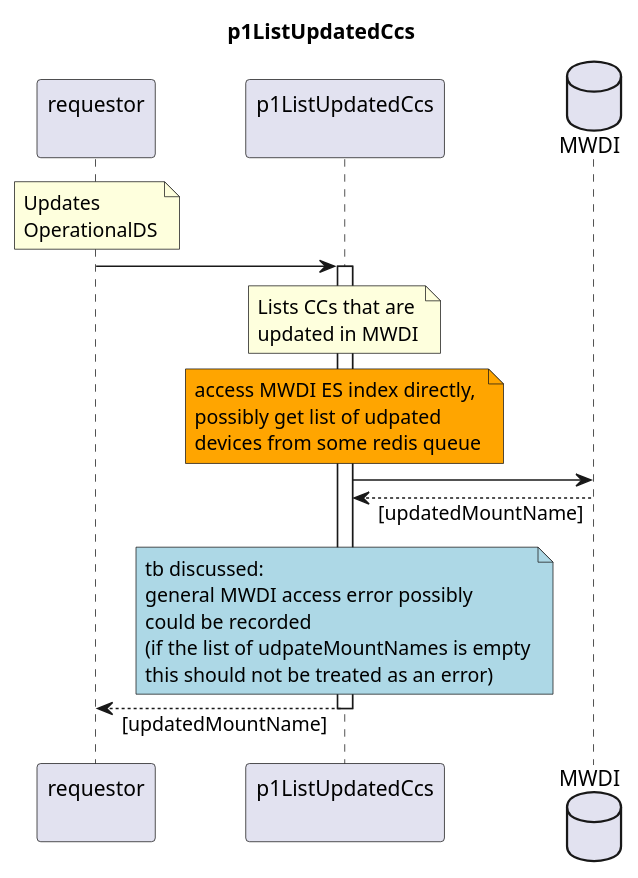
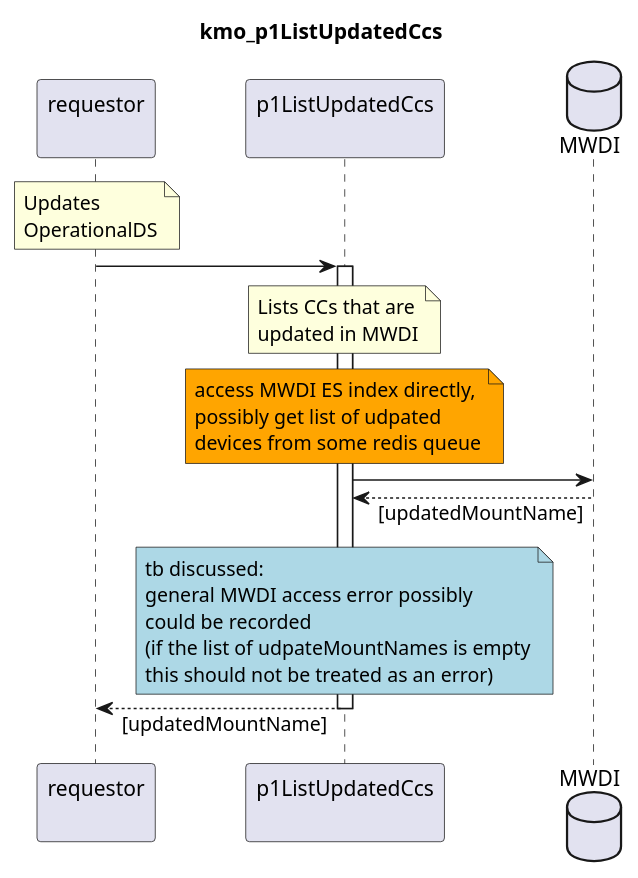
One commit to openBackhaul/FirmWareManager changed the diagram in spec/Functions/Measurement/p1ListUpdatedCcs/1.0.0/kmo_p1ListUpdatedCcs.plantuml. Above: the diagram before and after it, drawn with PlantUML. The commit also changed 6 other files, not shown here.

```diff
--- a/spec/Functions/Measurement/p1ListUpdatedCcs/1.0.0/kmo_p1ListUpdatedCcs.plantuml
+++ b/spec/Functions/Measurement/p1ListUpdatedCcs/1.0.0/kmo_p1ListUpdatedCcs.plantuml
@@ -1,43 +1,43 @@
-@startuml p1ListUpdatedCcs
+@startuml kmo_p1ListUpdatedCcs
 skinparam responseMessageBelowArrow true
 
 title
-  p1ListUpdatedCcs
+  kmo_p1ListUpdatedCcs
 end title
 
 participant "requestor\n" as requestor
 participant "p1ListUpdatedCcs\n" as indServ
 
 database "MWDI" as mwdi
 
 note over requestor
   Updates
   OperationalDS
 end note
 
 requestor -> indServ
 activate indServ
   note over indServ
     Lists CCs that are
     updated in MWDI
   end note
   note over indServ #Orange
     access MWDI ES index directly,
     possibly get list of udpated
     devices from some redis queue
   end note
   indServ -> mwdi
   indServ <-- mwdi: [updatedMountName]
 
   note over indServ #LightBlue
     tb discussed:
     general MWDI access error possibly
     could be recorded
     (if the list of udpateMountNames is empty
     this should not be treated as an error)
   end note
 
 requestor <-- indServ: [updatedMountName]
 deactivate indServ
 
 @enduml
```
